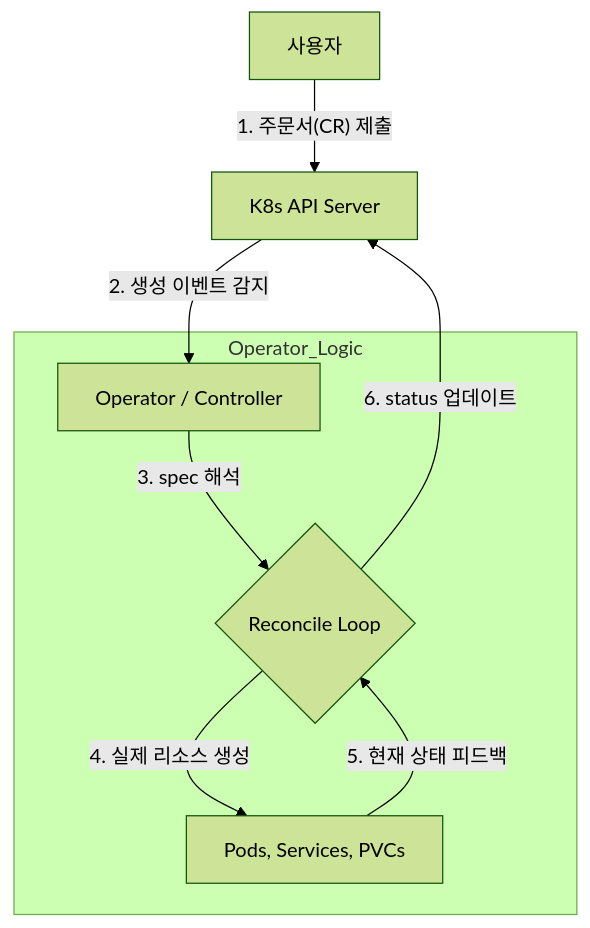
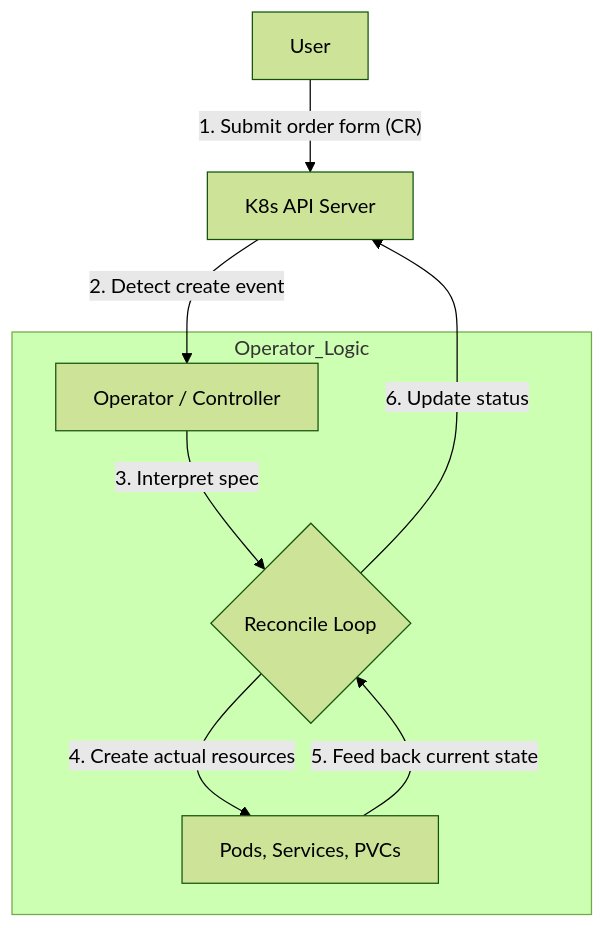
One commit to jeonck/k8s-adv changed the diagram in content/operator/44-operator-and-cr-relationship.md. Above: the diagram before and after it, drawn with Mermaid (forest theme). The commit also changed other lines of this file and 223 other files, not shown here.

````diff
--- a/content/operator/44-operator-and-cr-relationship.md
+++ b/content/operator/44-operator-and-cr-relationship.md
@@ -20,13 +20,13 @@
 ```mermaid
 graph TD
-    User[사용자] -- "1. 주문서(CR) 제출" --> API[K8s API Server]
-    API -- "2. 생성 이벤트 감지" --> OP[Operator / Controller]
+    User[User] -- "1. Submit order form (CR)" --> API[K8s API Server]
+    API -- "2. Detect create event" --> OP[Operator / Controller]
     
     subgraph Operator_Logic
-    OP -- "3. spec 해석" --> Reconcile{Reconcile Loop}
-    Reconcile -- "4. 실제 리소스 생성" --> Real[Pods, Services, PVCs]
-    Real -- "5. 현재 상태 피드백" --> Reconcile
+    OP -- "3. Interpret spec" --> Reconcile{Reconcile Loop}
+    Reconcile -- "4. Create actual resources" --> Real[Pods, Services, PVCs]
+    Real -- "5. Feed back current state" --> Reconcile
     end
     
-    Reconcile -- "6. status 업데이트" --> API
+    Reconcile -- "6. Update status" --> API
 ```
````
